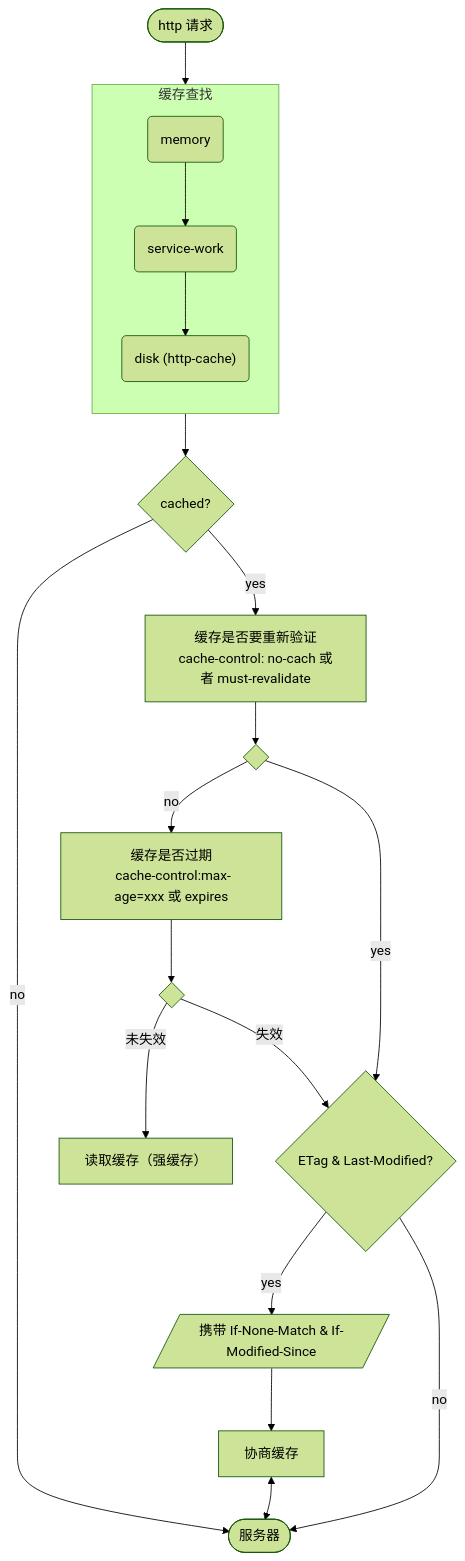
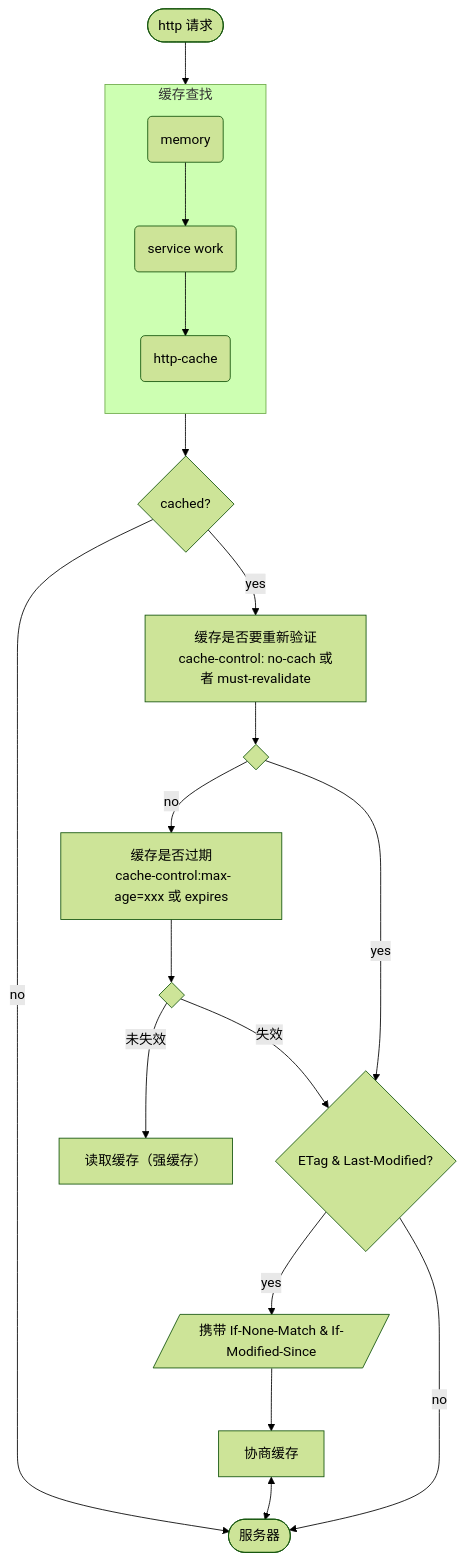
Before and after one commit to laoergege/laoergege-blog: the diagram in docs/HTTP/HTTP 缓存.md, drawn with Mermaid (forest theme). The commit also changed other lines of this file and 16 other files, not shown here.

````diff
--- a/docs/HTTP/HTTP 缓存.md
+++ b/docs/HTTP/HTTP 缓存.md
@@ -68,20 +69,20 @@
 ```mermaid
 flowchart TB
   start([http 请求]) --> find
   subgraph find[缓存查找]
     direction TB
-    m(memory) --> s(service-work) --> h("disk (http-cache)")
+    m(memory) --> s("service work") --> h("http-cache")
   end
   find --> cached{cached?}
   cached -- no --> server([服务器])
   cached -- yes --> revalidate[缓存是否要重新验证\ncache-control: no-cach 或者 must-revalidate]
   revalidate --> r{ }
   r -- no --> expires[缓存是否过期\n cache-control:max-age=xxx 或 expires]
   expires --> e{ }
   e -- 未失效 --> read["读取缓存（强缓存）"]
   e -- 失效 --> talk
   r -- yes --> talk{ETag & Last-Modified?}
   talk -- yes --> If[/携带 If-None-Match & If-Modified-Since/]
   If --> 协商缓存 <--> server
   talk -- no --> server
 ```
````
